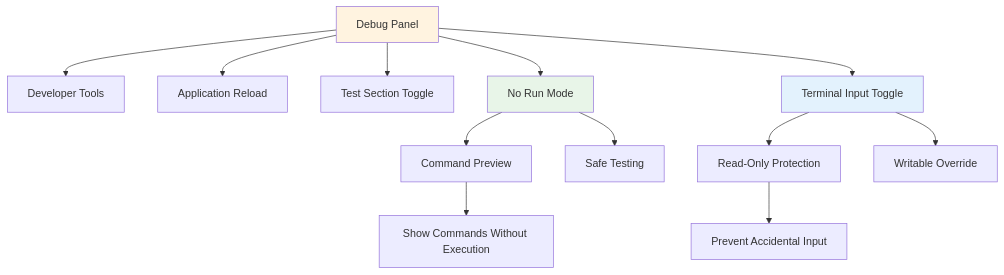
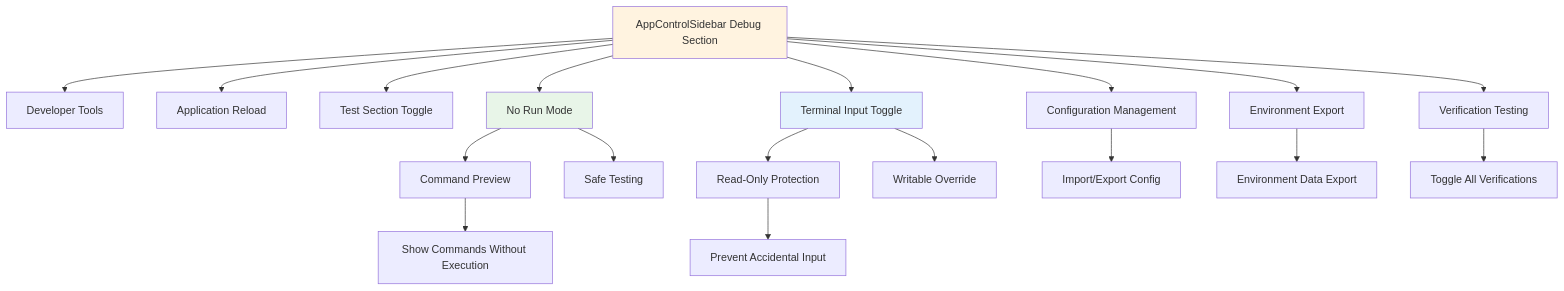
Diagram 11 of 11 in docs/architecture.md (sagy101/ProjectName-Manager), drawn with Mermaid before and after one commit. The commit also changed other lines of this file and 10 other files, not shown here.

````diff
--- a/docs/architecture.md
+++ b/docs/architecture.md
@@ -683,21 +680,28 @@
 ```mermaid
 graph TB
-    A[Debug Panel] --> B[Developer Tools]
+    A[AppControlSidebar Debug Section] --> B[Developer Tools]
     A --> C[Application Reload]
     A --> D[Test Section Toggle]
     A --> E[No Run Mode]
     A --> F[Terminal Input Toggle]
+    A --> G[Configuration Management]
+    A --> H[Environment Export]
+    A --> I[Verification Testing]
     
-    E --> G[Command Preview]
-    E --> H[Safe Testing]
+    E --> J[Command Preview]
+    E --> K[Safe Testing]
     
-    F --> I[Read-Only Protection]
-    F --> J[Writable Override]
+    F --> L[Read-Only Protection]
+    F --> M[Writable Override]
     
-    G --> K[Show Commands Without Execution]
-    I --> L[Prevent Accidental Input]
+    G --> N[Import/Export Config]
+    H --> O[Environment Data Export]
+    I --> P[Toggle All Verifications]
+    
+    J --> Q[Show Commands Without Execution]
+    L --> R[Prevent Accidental Input]
     
     style A fill:#fff3e0
     style E fill:#e8f5e8
     style F fill:#e3f2fd
 ```
````
